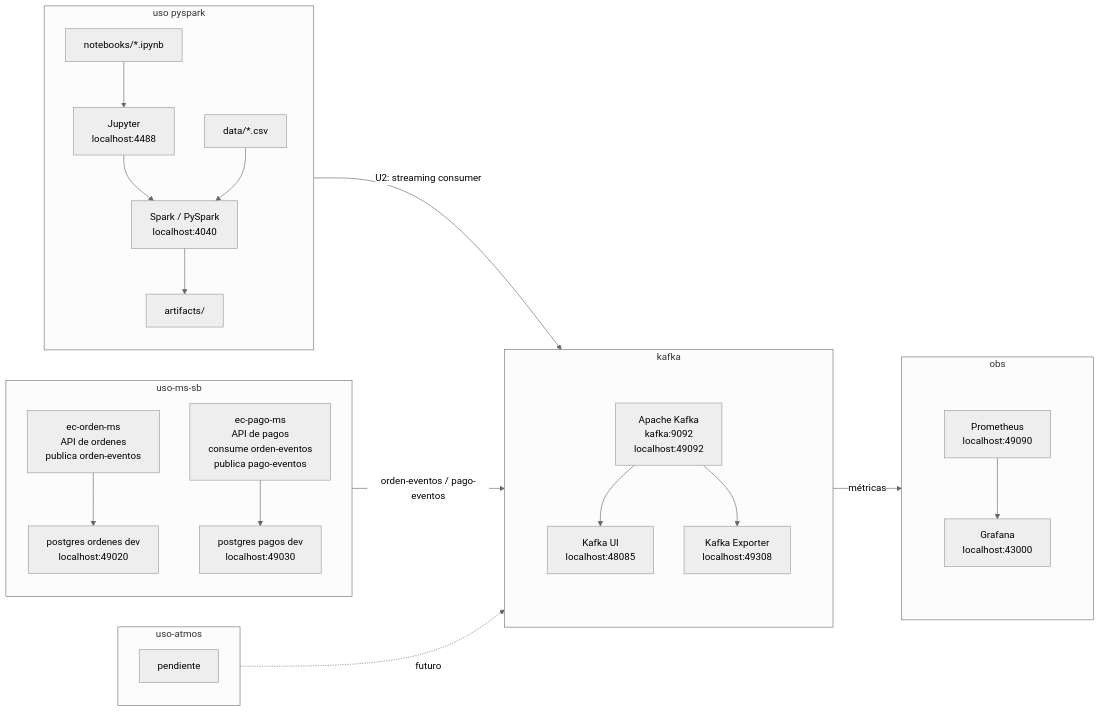
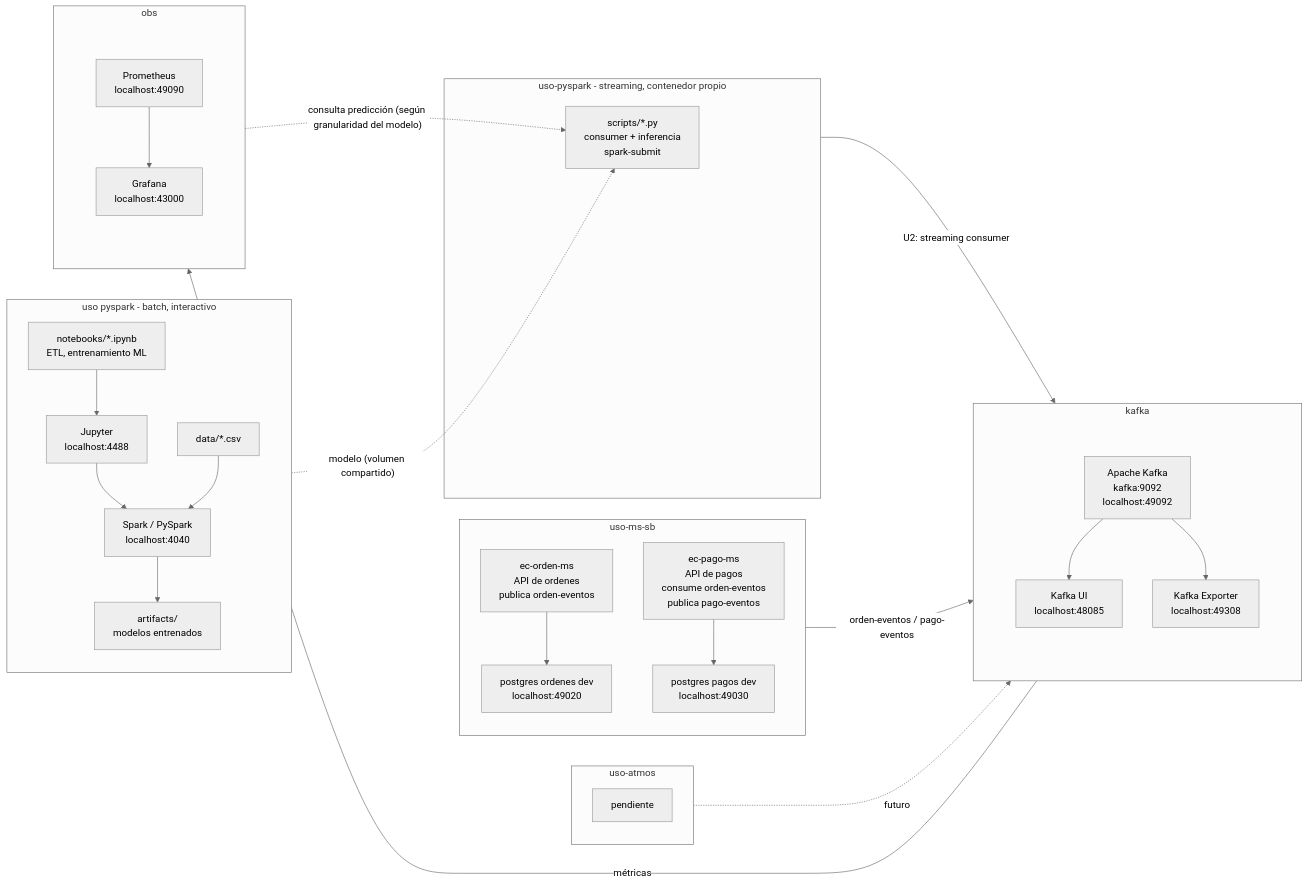
One commit to 262bigdata/lambda26 changed the third of 3 diagrams in docs/sesiones/S01_Arquitectura_Big_Data_Lambda_Kappa.md. Above: the diagram before and after it, drawn with Mermaid (neutral theme). The commit also changed other lines of this file and 1 other file, not shown here.

````diff
--- a/docs/sesiones/S01_Arquitectura_Big_Data_Lambda_Kappa.md
+++ b/docs/sesiones/S01_Arquitectura_Big_Data_Lambda_Kappa.md
@@ -121,57 +157,64 @@
 ```mermaid
 flowchart LR
-    subgraph PySparkModule["uso pyspark"]
+    subgraph PySparkModule["uso pyspark - batch, interactivo"]
         direction TB
-        Notebooks["notebooks/*.ipynb"]
+        Notebooks["notebooks/*.ipynb<br/>ETL, entrenamiento ML"]
         Jupyter["Jupyter<br/>localhost:4488"]
         Spark["Spark / PySpark<br/>localhost:4040"]
         Data["data/*.csv"]
-        Artifacts["artifacts/"]
+        Artifacts["artifacts/<br/>modelos entrenados"]
         Notebooks --> Jupyter --> Spark
         Data --> Spark --> Artifacts
     end
+
+    subgraph StreamingModule["uso-pyspark - streaming, contenedor propio"]
+        Scripts["scripts/*.py<br/>consumer + inferencia<br/>spark-submit"]
+    end
+
+    Artifacts -.->|"modelo (volumen compartido)"| Scripts
 
     subgraph UseMS["uso-ms-sb"]
         direction TB
         OrdenMS["ec-orden-ms<br/>API de ordenes<br/>publica orden-eventos"]
         OrdenDB["postgres ordenes dev<br/>localhost:49020"]
         PagoMS["ec-pago-ms<br/>API de pagos<br/>consume orden-eventos<br/>publica pago-eventos"]
         PagoDB["postgres pagos dev<br/>localhost:49030"]
         OrdenMS --> OrdenDB
         PagoMS --> PagoDB
     end
 
     subgraph UseIoT["uso-atmos"]
         IoT["pendiente"]
     end
 
     subgraph KafkaModule["kafka"]
         direction TB
         subgraph KafkaStack[" "]
             direction TB
             Kafka["Apache Kafka<br/>kafka:9092<br/>localhost:49092"]
             KafkaUI["Kafka UI<br/>localhost:48085"]
             KafkaExporter["Kafka Exporter<br/>localhost:49308"]
             Kafka --> KafkaUI
             Kafka --> KafkaExporter
         end
     end
 
     subgraph ObsModule["obs"]
         direction TB
         subgraph ObsStack[" "]
             direction TB
             Prometheus["Prometheus<br/>localhost:49090"]
             Grafana["Grafana<br/>localhost:43000"]
             Prometheus --> Grafana
         end
     end
 
-    PySparkModule -->|"U2: streaming consumer"| Kafka
+    StreamingModule -->|"U2: streaming consumer"| Kafka
     UseMS -->|"orden-eventos / pago-eventos"| Kafka
     UseIoT -. "futuro" .-> Kafka
+    Grafana -. "consulta predicción (según granularidad del modelo)" .-> Scripts
     KafkaExporter -->|"métricas"| Prometheus
 
     style KafkaStack fill:transparent,stroke:transparent,color:transparent
     style ObsStack fill:transparent,stroke:transparent,color:transparent
 ```
````
